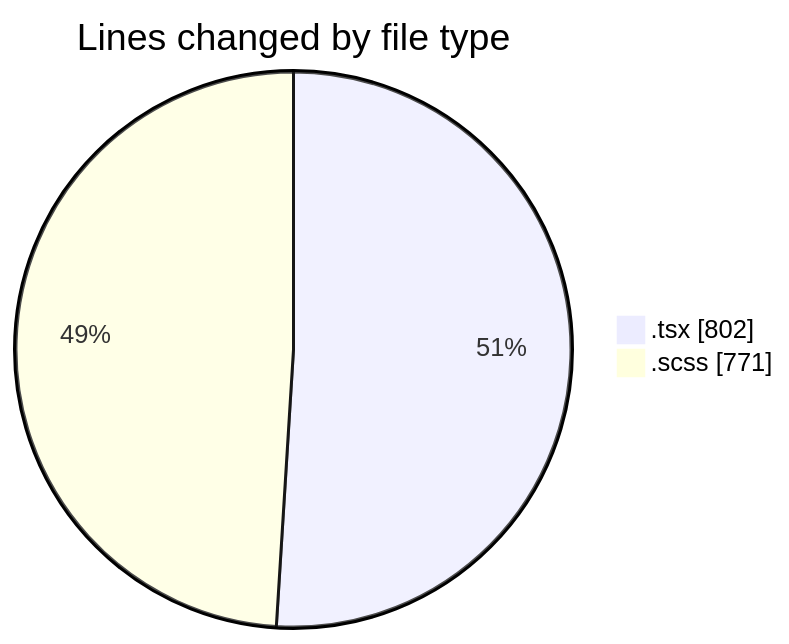
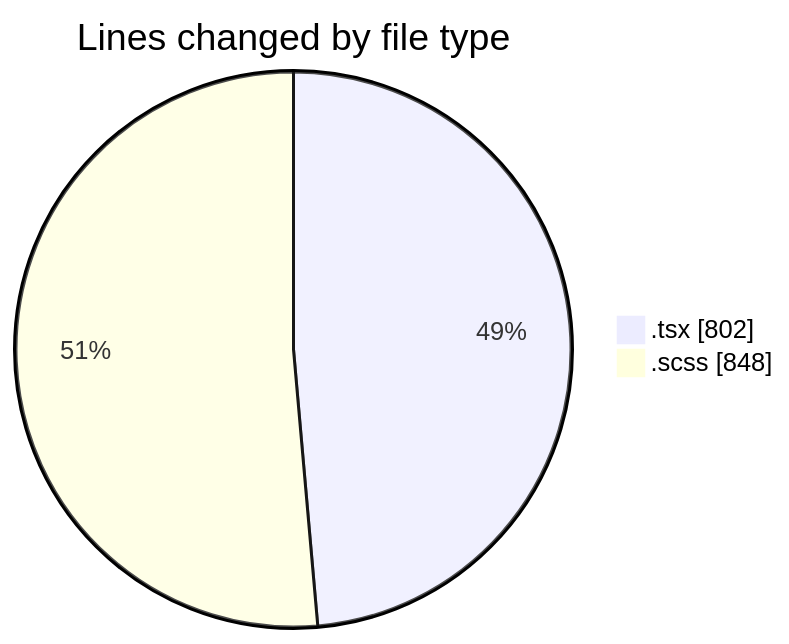
Before and after one commit to momahboobian/code-tracking: the first of 2 diagrams in 2025-03-27/cda/README.md, drawn with Mermaid. The commit also changed other lines of this file and 1 other file, not shown here.

````diff
--- a/2025-03-27/cda/README.md
+++ b/2025-03-27/cda/README.md
@@ -22,6 +22,6 @@
 ```mermaid
 pie showData
 title Lines changed by file type
 ".tsx" : 802
-".scss" : 771
+".scss" : 848
 ```
````
